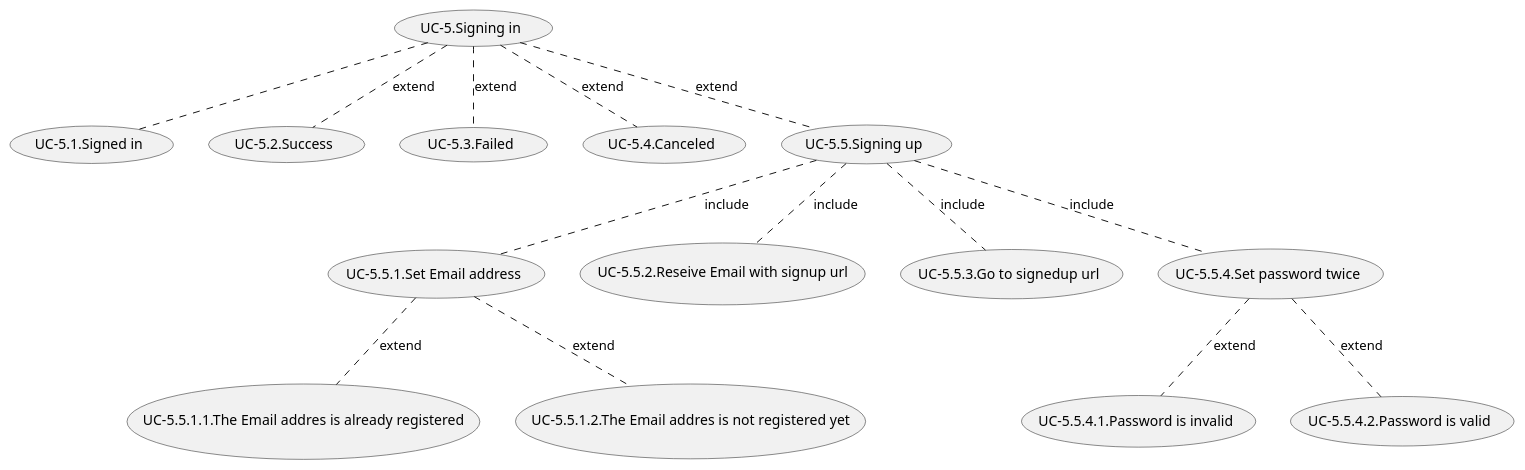
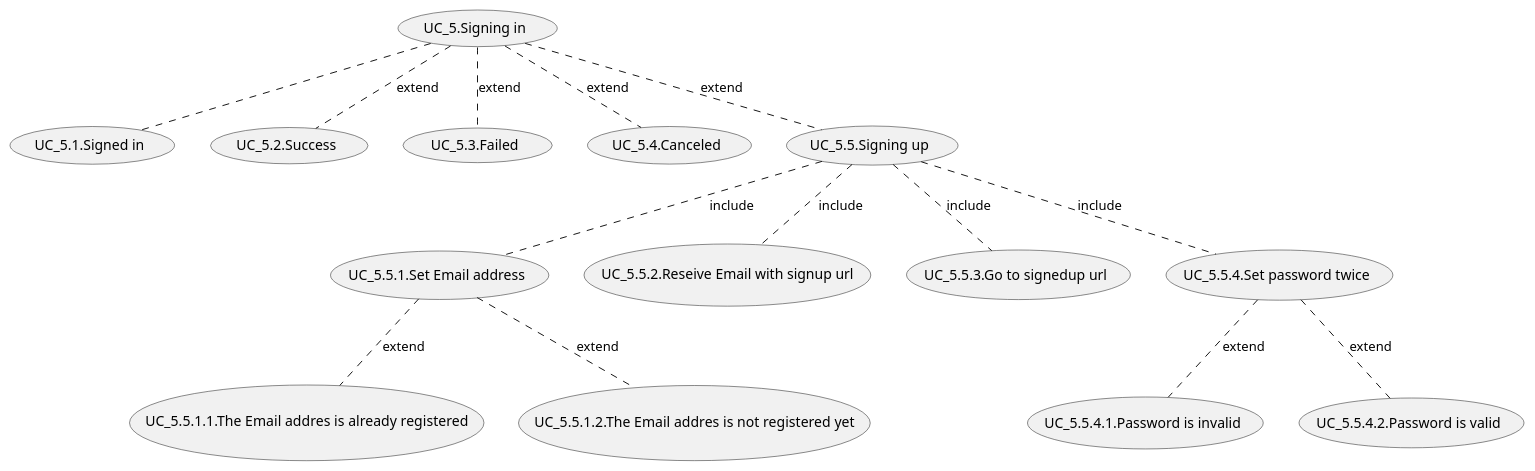
Before and after one commit to azarashin/Word2VecSOM: the diagram in web/doc/usecase_chart/UC_5.pu, drawn with PlantUML. The commit also changed 5 other files, not shown here.

```diff
--- a/web/doc/usecase_chart/UC_5.pu
+++ b/web/doc/usecase_chart/UC_5.pu
@@ -1,20 +1,20 @@
 @startuml
 
-(UC-5.Signing in) .. (UC-5.1.Signed in)
-(UC-5.Signing in) .. (UC-5.2.Success) : extend
-(UC-5.Signing in) .. (UC-5.3.Failed) : extend
-(UC-5.Signing in) .. (UC-5.4.Canceled) : extend
+(UC_5.Signing in) .. (UC_5.1.Signed in)
+(UC_5.Signing in) .. (UC_5.2.Success) : extend
+(UC_5.Signing in) .. (UC_5.3.Failed) : extend
+(UC_5.Signing in) .. (UC_5.4.Canceled) : extend
 
-(UC-5.Signing in) .. (UC-5.5.Signing up) : extend
-(UC-5.5.Signing up) .. (UC-5.5.1.Set Email address) : include
-(UC-5.5.Signing up) .. (UC-5.5.2.Reseive Email with signup url) : include
-(UC-5.5.Signing up) .. (UC-5.5.3.Go to signedup url) : include
-(UC-5.5.Signing up) .. (UC-5.5.4.Set password twice) : include
+(UC_5.Signing in) .. (UC_5.5.Signing up) : extend
+(UC_5.5.Signing up) .. (UC_5.5.1.Set Email address) : include
+(UC_5.5.Signing up) .. (UC_5.5.2.Reseive Email with signup url) : include
+(UC_5.5.Signing up) .. (UC_5.5.3.Go to signedup url) : include
+(UC_5.5.Signing up) .. (UC_5.5.4.Set password twice) : include
 
-(UC-5.5.1.Set Email address) .. (UC-5.5.1.1.The Email addres is already registered) : extend
-(UC-5.5.1.Set Email address) .. (UC-5.5.1.2.The Email addres is not registered yet) : extend
+(UC_5.5.1.Set Email address) .. (UC_5.5.1.1.The Email addres is already registered) : extend
+(UC_5.5.1.Set Email address) .. (UC_5.5.1.2.The Email addres is not registered yet) : extend
 
-(UC-5.5.4.Set password twice) .. (UC-5.5.4.1.Password is invalid) : extend
-(UC-5.5.4.Set password twice) .. (UC-5.5.4.2.Password is valid) : extend
+(UC_5.5.4.Set password twice) .. (UC_5.5.4.1.Password is invalid) : extend
+(UC_5.5.4.Set password twice) .. (UC_5.5.4.2.Password is valid) : extend
 
 @enduml
```
